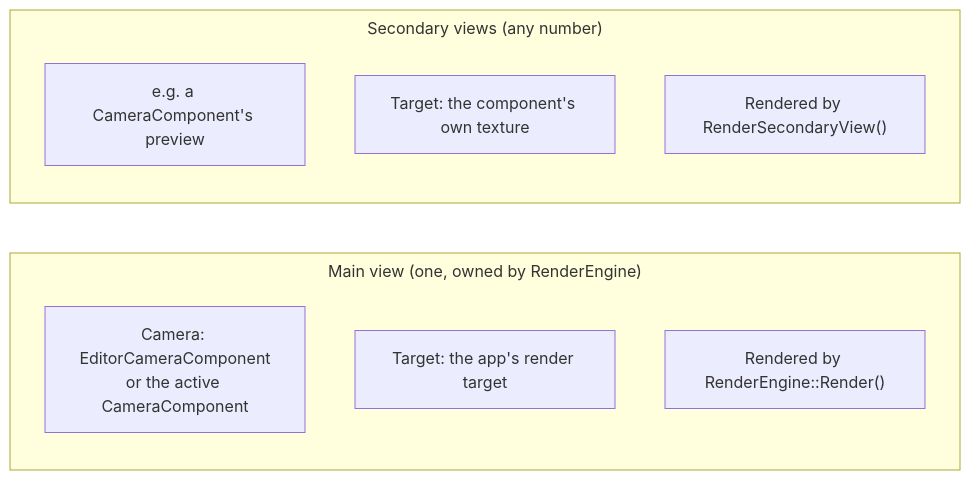
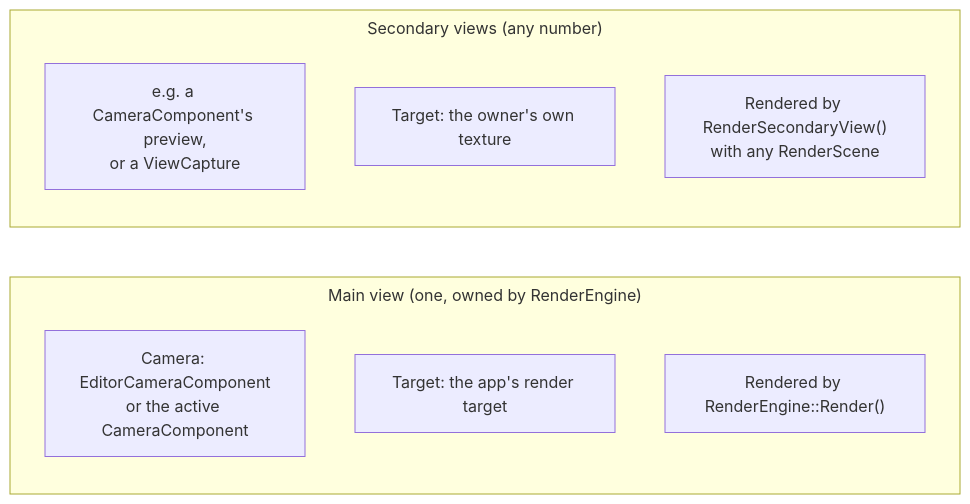
One commit to b1nary0/RZE changed the second of 4 diagrams in Docs/Generated/Engine/04-Rendering/Engine-Graphics-Layer.md. Above: the diagram before and after it, drawn with Mermaid. The commit also changed other lines of this file and 22 other files, not shown here.

````diff
--- a/Docs/Generated/Engine/04-Rendering/Engine-Graphics-Layer.md
+++ b/Docs/Generated/Engine/04-Rendering/Engine-Graphics-Layer.md
@@ -74,16 +73,16 @@
 ```mermaid
 %%{init: {'flowchart': {'subGraphTitleMargin': {'top': 6, 'bottom': 10}}, 'themeCSS': '.labelBkg, .edgeLabel { background-color: var(--background-primary) !important; } .messageText, .labelText, .loopText { paint-order: stroke; stroke: var(--background-primary); stroke-width: 5px; stroke-linejoin: round; }'}}%%
 flowchart LR
     subgraph Main["Main view (one, owned by RenderEngine)"]
         direction TB
         M1["Camera: EditorCameraComponent<br/>or the active CameraComponent"]
         M2["Target: the app's render target"]
         M3["Rendered by RenderEngine::Render()"]
     end
     subgraph Sec["Secondary views (any number)"]
         direction TB
-        S1["e.g. a CameraComponent's preview"]
-        S2["Target: the component's own texture"]
-        S3["Rendered by RenderSecondaryView()"]
+        S1["e.g. a CameraComponent's preview,<br/>or a ViewCapture"]
+        S2["Target: the owner's own texture"]
+        S3["Rendered by RenderSecondaryView()<br/>with any RenderScene"]
     end
 ```
````
